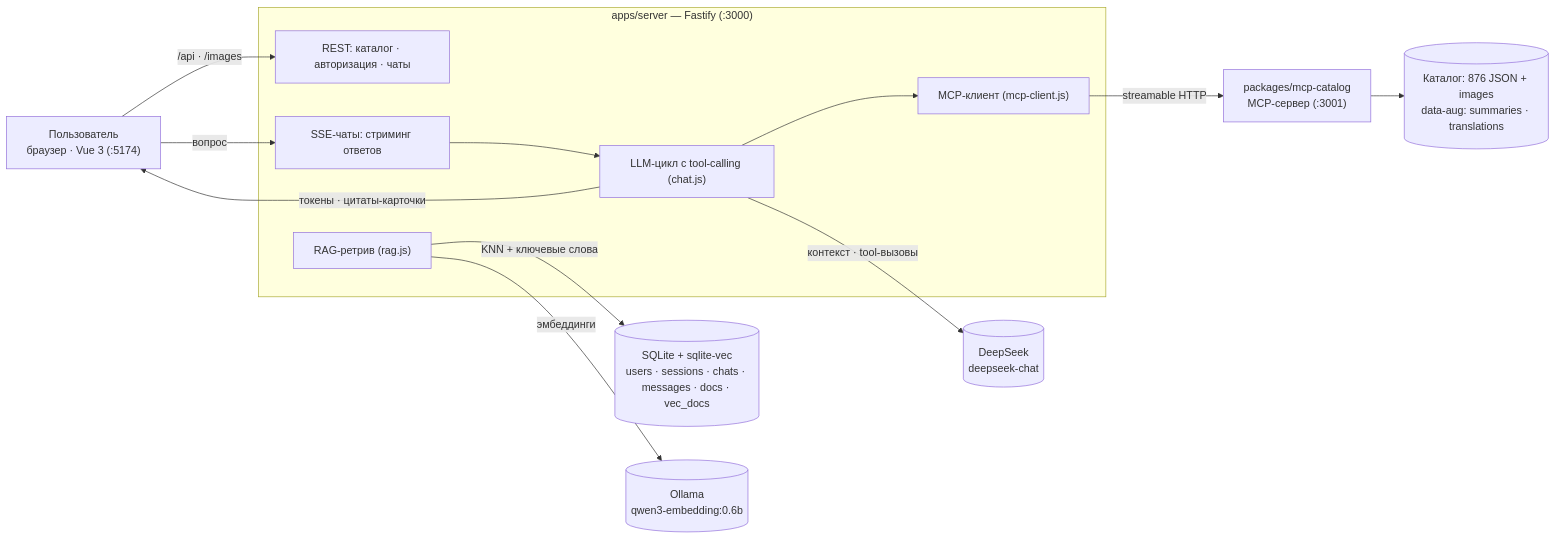
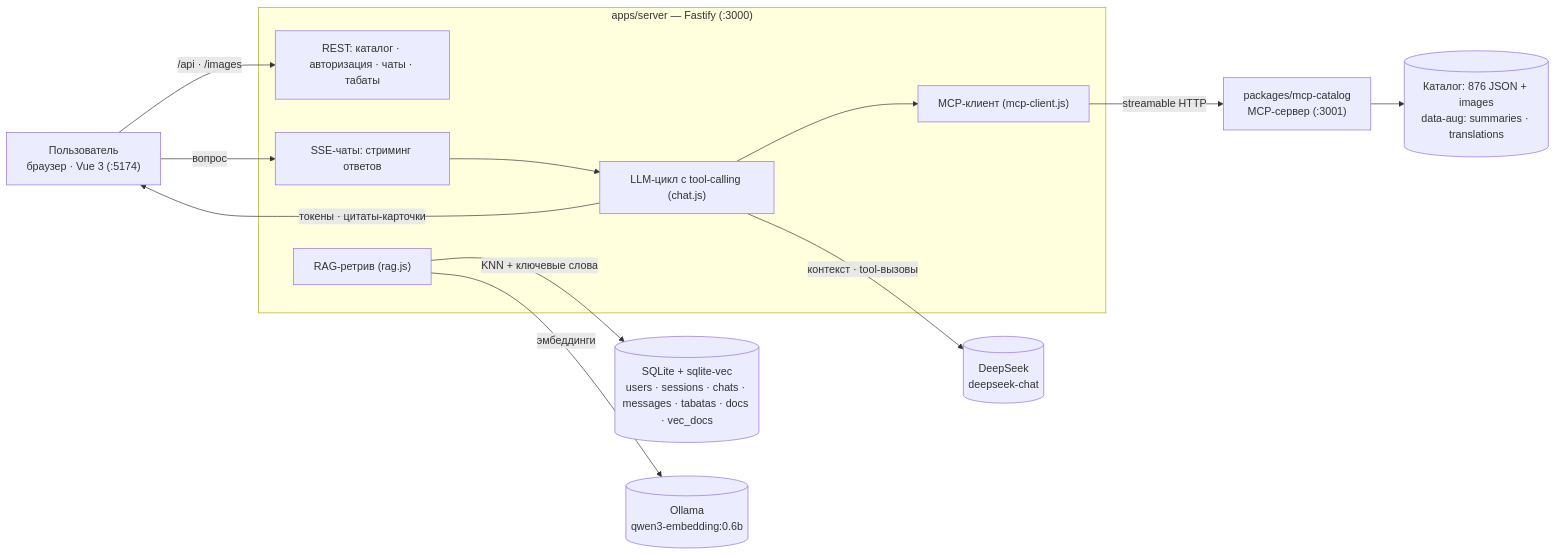
Before and after one commit to vitchuk/gPower: the diagram in docs/architecture.md, drawn with Mermaid. The commit also changed other lines of this file and 259 other files, not shown here.

````diff
--- a/docs/architecture.md
+++ b/docs/architecture.md
@@ -7,29 +7,29 @@
 ```mermaid
 flowchart LR
     U["Пользователь<br/>браузер · Vue 3 (:5174)"]
 
     subgraph APP["apps/server — Fastify (:3000)"]
-        API["REST: каталог · авторизация · чаты"]
+        API["REST: каталог · авторизация · чаты · табаты"]
         SSE["SSE-чаты: стриминг ответов"]
         RAG["RAG-ретрив (rag.js)"]
         LOOP["LLM-цикл с tool-calling (chat.js)"]
         MCPCLI["MCP-клиент (mcp-client.js)"]
     end
 
-    DB[("SQLite + sqlite-vec<br/>users · sessions · chats · messages · docs · vec_docs")]
+    DB[("SQLite + sqlite-vec<br/>users · sessions · chats · messages · tabatas · docs · vec_docs")]
     O[("Ollama<br/>qwen3-embedding:0.6b")]
     D[("DeepSeek<br/>deepseek-chat")]
     M["packages/mcp-catalog<br/>MCP-сервер (:3001)"]
     C[("Каталог: 876 JSON + images<br/>data-aug: summaries · translations")]
 
     U -->|"/api · /images"| API
     U -->|"вопрос"| SSE
     SSE --> LOOP
     RAG -->|"эмбеддинги"| O
     RAG -->|"KNN + ключевые слова"| DB
     LOOP -->|"контекст · tool-вызовы"| D
     LOOP --> MCPCLI
     MCPCLI -->|"streamable HTTP"| M
     M --> C
     LOOP -->|"токены · цитаты-карточки"| U
 ```
````
